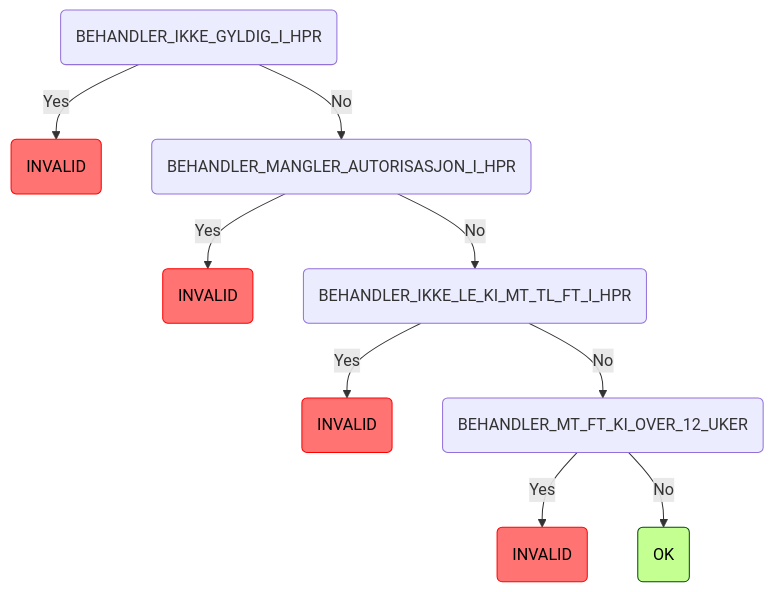
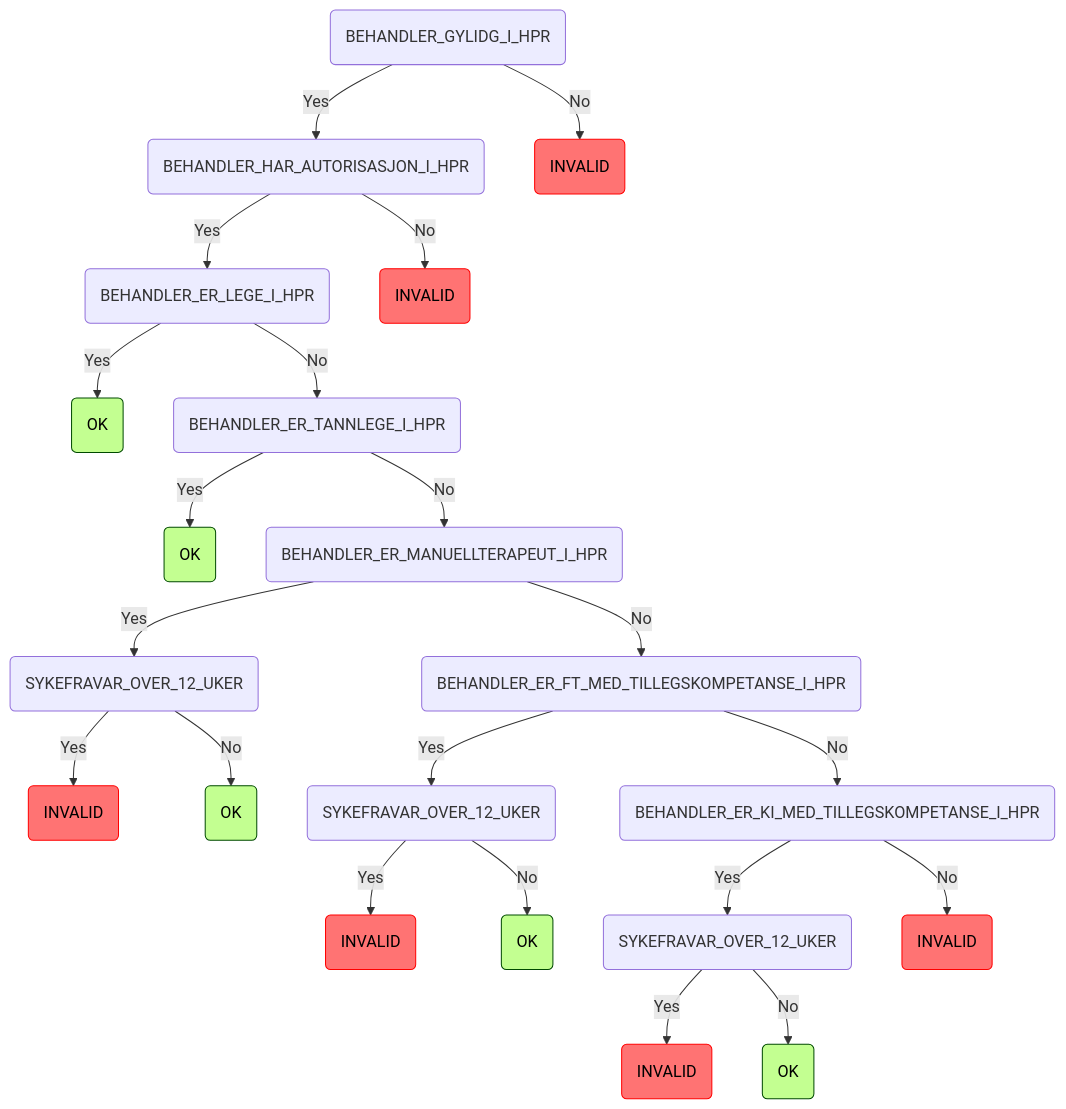
The fifth of 11 diagrams in README.md (navikt/syfosmregler), drawn with Mermaid before and after one commit. The commit also changed 6 other files, not shown here.

````diff
--- a/README.md
+++ b/README.md
@@ -137,14 +137,26 @@
 ```mermaid
 graph TD
-    root(BEHANDLER_IKKE_GYLDIG_I_HPR) -->|Yes| root_BEHANDLER_IKKE_GYLDIG_I_HPR_INVALID(INVALID):::invalid
-    root(BEHANDLER_IKKE_GYLDIG_I_HPR) -->|No| root_BEHANDLER_IKKE_GYLDIG_I_HPR_BEHANDLER_MANGLER_AUTORISASJON_I_HPR(BEHANDLER_MANGLER_AUTORISASJON_I_HPR)
-    root_BEHANDLER_IKKE_GYLDIG_I_HPR_BEHANDLER_MANGLER_AUTORISASJON_I_HPR(BEHANDLER_MANGLER_AUTORISASJON_I_HPR) -->|Yes| root_BEHANDLER_IKKE_GYLDIG_I_HPR_BEHANDLER_MANGLER_AUTORISASJON_I_HPR_INVALID(INVALID):::invalid
-    root_BEHANDLER_IKKE_GYLDIG_I_HPR_BEHANDLER_MANGLER_AUTORISASJON_I_HPR(BEHANDLER_MANGLER_AUTORISASJON_I_HPR) -->|No| root_BEHANDLER_IKKE_GYLDIG_I_HPR_BEHANDLER_MANGLER_AUTORISASJON_I_HPR_BEHANDLER_IKKE_LE_KI_MT_TL_FT_I_HPR(BEHANDLER_IKKE_LE_KI_MT_TL_FT_I_HPR)
-    root_BEHANDLER_IKKE_GYLDIG_I_HPR_BEHANDLER_MANGLER_AUTORISASJON_I_HPR_BEHANDLER_IKKE_LE_KI_MT_TL_FT_I_HPR(BEHANDLER_IKKE_LE_KI_MT_TL_FT_I_HPR) -->|Yes| root_BEHANDLER_IKKE_GYLDIG_I_HPR_BEHANDLER_MANGLER_AUTORISASJON_I_HPR_BEHANDLER_IKKE_LE_KI_MT_TL_FT_I_HPR_INVALID(INVALID):::invalid
-    root_BEHANDLER_IKKE_GYLDIG_I_HPR_BEHANDLER_MANGLER_AUTORISASJON_I_HPR_BEHANDLER_IKKE_LE_KI_MT_TL_FT_I_HPR(BEHANDLER_IKKE_LE_KI_MT_TL_FT_I_HPR) -->|No| root_BEHANDLER_IKKE_GYLDIG_I_HPR_BEHANDLER_MANGLER_AUTORISASJON_I_HPR_BEHANDLER_IKKE_LE_KI_MT_TL_FT_I_HPR_BEHANDLER_MT_FT_KI_OVER_12_UKER(BEHANDLER_MT_FT_KI_OVER_12_UKER)
-    root_BEHANDLER_IKKE_GYLDIG_I_HPR_BEHANDLER_MANGLER_AUTORISASJON_I_HPR_BEHANDLER_IKKE_LE_KI_MT_TL_FT_I_HPR_BEHANDLER_MT_FT_KI_OVER_12_UKER(BEHANDLER_MT_FT_KI_OVER_12_UKER) -->|Yes| root_BEHANDLER_IKKE_GYLDIG_I_HPR_BEHANDLER_MANGLER_AUTORISASJON_I_HPR_BEHANDLER_IKKE_LE_KI_MT_TL_FT_I_HPR_BEHANDLER_MT_FT_KI_OVER_12_UKER_INVALID(INVALID):::invalid
-    root_BEHANDLER_IKKE_GYLDIG_I_HPR_BEHANDLER_MANGLER_AUTORISASJON_I_HPR_BEHANDLER_IKKE_LE_KI_MT_TL_FT_I_HPR_BEHANDLER_MT_FT_KI_OVER_12_UKER(BEHANDLER_MT_FT_KI_OVER_12_UKER) -->|No| root_BEHANDLER_IKKE_GYLDIG_I_HPR_BEHANDLER_MANGLER_AUTORISASJON_I_HPR_BEHANDLER_IKKE_LE_KI_MT_TL_FT_I_HPR_BEHANDLER_MT_FT_KI_OVER_12_UKER_OK(OK):::ok
+    root(BEHANDLER_GYLIDG_I_HPR) -->|Yes| root_BEHANDLER_GYLIDG_I_HPR_BEHANDLER_HAR_AUTORISASJON_I_HPR(BEHANDLER_HAR_AUTORISASJON_I_HPR)
+    root_BEHANDLER_GYLIDG_I_HPR_BEHANDLER_HAR_AUTORISASJON_I_HPR(BEHANDLER_HAR_AUTORISASJON_I_HPR) -->|Yes| root_BEHANDLER_GYLIDG_I_HPR_BEHANDLER_HAR_AUTORISASJON_I_HPR_BEHANDLER_ER_LEGE_I_HPR(BEHANDLER_ER_LEGE_I_HPR)
+    root_BEHANDLER_GYLIDG_I_HPR_BEHANDLER_HAR_AUTORISASJON_I_HPR_BEHANDLER_ER_LEGE_I_HPR(BEHANDLER_ER_LEGE_I_HPR) -->|Yes| root_BEHANDLER_GYLIDG_I_HPR_BEHANDLER_HAR_AUTORISASJON_I_HPR_BEHANDLER_ER_LEGE_I_HPR_OK(OK):::ok
+    root_BEHANDLER_GYLIDG_I_HPR_BEHANDLER_HAR_AUTORISASJON_I_HPR_BEHANDLER_ER_LEGE_I_HPR(BEHANDLER_ER_LEGE_I_HPR) -->|No| root_BEHANDLER_GYLIDG_I_HPR_BEHANDLER_HAR_AUTORISASJON_I_HPR_BEHANDLER_ER_LEGE_I_HPR_BEHANDLER_ER_TANNLEGE_I_HPR(BEHANDLER_ER_TANNLEGE_I_HPR)
+    root_BEHANDLER_GYLIDG_I_HPR_BEHANDLER_HAR_AUTORISASJON_I_HPR_BEHANDLER_ER_LEGE_I_HPR_BEHANDLER_ER_TANNLEGE_I_HPR(BEHANDLER_ER_TANNLEGE_I_HPR) -->|Yes| root_BEHANDLER_GYLIDG_I_HPR_BEHANDLER_HAR_AUTORISASJON_I_HPR_BEHANDLER_ER_LEGE_I_HPR_BEHANDLER_ER_TANNLEGE_I_HPR_OK(OK):::ok
+    root_BEHANDLER_GYLIDG_I_HPR_BEHANDLER_HAR_AUTORISASJON_I_HPR_BEHANDLER_ER_LEGE_I_HPR_BEHANDLER_ER_TANNLEGE_I_HPR(BEHANDLER_ER_TANNLEGE_I_HPR) -->|No| root_BEHANDLER_GYLIDG_I_HPR_BEHANDLER_HAR_AUTORISASJON_I_HPR_BEHANDLER_ER_LEGE_I_HPR_BEHANDLER_ER_TANNLEGE_I_HPR_BEHANDLER_ER_MANUELLTERAPEUT_I_HPR(BEHANDLER_ER_MANUELLTERAPEUT_I_HPR)
+    root_BEHANDLER_GYLIDG_I_HPR_BEHANDLER_HAR_AUTORISASJON_I_HPR_BEHANDLER_ER_LEGE_I_HPR_BEHANDLER_ER_TANNLEGE_I_HPR_BEHANDLER_ER_MANUELLTERAPEUT_I_HPR(BEHANDLER_ER_MANUELLTERAPEUT_I_HPR) -->|Yes| root_BEHANDLER_GYLIDG_I_HPR_BEHANDLER_HAR_AUTORISASJON_I_HPR_BEHANDLER_ER_LEGE_I_HPR_BEHANDLER_ER_TANNLEGE_I_HPR_BEHANDLER_ER_MANUELLTERAPEUT_I_HPR_SYKEFRAVAR_OVER_12_UKER(SYKEFRAVAR_OVER_12_UKER)
+    root_BEHANDLER_GYLIDG_I_HPR_BEHANDLER_HAR_AUTORISASJON_I_HPR_BEHANDLER_ER_LEGE_I_HPR_BEHANDLER_ER_TANNLEGE_I_HPR_BEHANDLER_ER_MANUELLTERAPEUT_I_HPR_SYKEFRAVAR_OVER_12_UKER(SYKEFRAVAR_OVER_12_UKER) -->|Yes| root_BEHANDLER_GYLIDG_I_HPR_BEHANDLER_HAR_AUTORISASJON_I_HPR_BEHANDLER_ER_LEGE_I_HPR_BEHANDLER_ER_TANNLEGE_I_HPR_BEHANDLER_ER_MANUELLTERAPEUT_I_HPR_SYKEFRAVAR_OVER_12_UKER_INVALID(INVALID):::invalid
+    root_BEHANDLER_GYLIDG_I_HPR_BEHANDLER_HAR_AUTORISASJON_I_HPR_BEHANDLER_ER_LEGE_I_HPR_BEHANDLER_ER_TANNLEGE_I_HPR_BEHANDLER_ER_MANUELLTERAPEUT_I_HPR_SYKEFRAVAR_OVER_12_UKER(SYKEFRAVAR_OVER_12_UKER) -->|No| root_BEHANDLER_GYLIDG_I_HPR_BEHANDLER_HAR_AUTORISASJON_I_HPR_BEHANDLER_ER_LEGE_I_HPR_BEHANDLER_ER_TANNLEGE_I_HPR_BEHANDLER_ER_MANUELLTERAPEUT_I_HPR_SYKEFRAVAR_OVER_12_UKER_OK(OK):::ok
+    root_BEHANDLER_GYLIDG_I_HPR_BEHANDLER_HAR_AUTORISASJON_I_HPR_BEHANDLER_ER_LEGE_I_HPR_BEHANDLER_ER_TANNLEGE_I_HPR_BEHANDLER_ER_MANUELLTERAPEUT_I_HPR(BEHANDLER_ER_MANUELLTERAPEUT_I_HPR) -->|No| root_BEHANDLER_GYLIDG_I_HPR_BEHANDLER_HAR_AUTORISASJON_I_HPR_BEHANDLER_ER_LEGE_I_HPR_BEHANDLER_ER_TANNLEGE_I_HPR_BEHANDLER_ER_MANUELLTERAPEUT_I_HPR_BEHANDLER_ER_FT_MED_TILLEGSKOMPETANSE_I_HPR(BEHANDLER_ER_FT_MED_TILLEGSKOMPETANSE_I_HPR)
+    root_BEHANDLER_GYLIDG_I_HPR_BEHANDLER_HAR_AUTORISASJON_I_HPR_BEHANDLER_ER_LEGE_I_HPR_BEHANDLER_ER_TANNLEGE_I_HPR_BEHANDLER_ER_MANUELLTERAPEUT_I_HPR_BEHANDLER_ER_FT_MED_TILLEGSKOMPETANSE_I_HPR(BEHANDLER_ER_FT_MED_TILLEGSKOMPETANSE_I_HPR) -->|Yes| root_BEHANDLER_GYLIDG_I_HPR_BEHANDLER_HAR_AUTORISASJON_I_HPR_BEHANDLER_ER_LEGE_I_HPR_BEHANDLER_ER_TANNLEGE_I_HPR_BEHANDLER_ER_MANUELLTERAPEUT_I_HPR_BEHANDLER_ER_FT_MED_TILLEGSKOMPETANSE_I_HPR_SYKEFRAVAR_OVER_12_UKER(SYKEFRAVAR_OVER_12_UKER)
+    root_BEHANDLER_GYLIDG_I_HPR_BEHANDLER_HAR_AUTORISASJON_I_HPR_BEHANDLER_ER_LEGE_I_HPR_BEHANDLER_ER_TANNLEGE_I_HPR_BEHANDLER_ER_MANUELLTERAPEUT_I_HPR_BEHANDLER_ER_FT_MED_TILLEGSKOMPETANSE_I_HPR_SYKEFRAVAR_OVER_12_UKER(SYKEFRAVAR_OVER_12_UKER) -->|Yes| root_BEHANDLER_GYLIDG_I_HPR_BEHANDLER_HAR_AUTORISASJON_I_HPR_BEHANDLER_ER_LEGE_I_HPR_BEHANDLER_ER_TANNLEGE_I_HPR_BEHANDLER_ER_MANUELLTERAPEUT_I_HPR_BEHANDLER_ER_FT_MED_TILLEGSKOMPETANSE_I_HPR_SYKEFRAVAR_OVER_12_UKER_INVALID(INVALID):::invalid
+    root_BEHANDLER_GYLIDG_I_HPR_BEHANDLER_HAR_AUTORISASJON_I_HPR_BEHANDLER_ER_LEGE_I_HPR_BEHANDLER_ER_TANNLEGE_I_HPR_BEHANDLER_ER_MANUELLTERAPEUT_I_HPR_BEHANDLER_ER_FT_MED_TILLEGSKOMPETANSE_I_HPR_SYKEFRAVAR_OVER_12_UKER(SYKEFRAVAR_OVER_12_UKER) -->|No| root_BEHANDLER_GYLIDG_I_HPR_BEHANDLER_HAR_AUTORISASJON_I_HPR_BEHANDLER_ER_LEGE_I_HPR_BEHANDLER_ER_TANNLEGE_I_HPR_BEHANDLER_ER_MANUELLTERAPEUT_I_HPR_BEHANDLER_ER_FT_MED_TILLEGSKOMPETANSE_I_HPR_SYKEFRAVAR_OVER_12_UKER_OK(OK):::ok
+    root_BEHANDLER_GYLIDG_I_HPR_BEHANDLER_HAR_AUTORISASJON_I_HPR_BEHANDLER_ER_LEGE_I_HPR_BEHANDLER_ER_TANNLEGE_I_HPR_BEHANDLER_ER_MANUELLTERAPEUT_I_HPR_BEHANDLER_ER_FT_MED_TILLEGSKOMPETANSE_I_HPR(BEHANDLER_ER_FT_MED_TILLEGSKOMPETANSE_I_HPR) -->|No| root_BEHANDLER_GYLIDG_I_HPR_BEHANDLER_HAR_AUTORISASJON_I_HPR_BEHANDLER_ER_LEGE_I_HPR_BEHANDLER_ER_TANNLEGE_I_HPR_BEHANDLER_ER_MANUELLTERAPEUT_I_HPR_BEHANDLER_ER_FT_MED_TILLEGSKOMPETANSE_I_HPR_BEHANDLER_ER_KI_MED_TILLEGSKOMPETANSE_I_HPR(BEHANDLER_ER_KI_MED_TILLEGSKOMPETANSE_I_HPR)
+    root_BEHANDLER_GYLIDG_I_HPR_BEHANDLER_HAR_AUTORISASJON_I_HPR_BEHANDLER_ER_LEGE_I_HPR_BEHANDLER_ER_TANNLEGE_I_HPR_BEHANDLER_ER_MANUELLTERAPEUT_I_HPR_BEHANDLER_ER_FT_MED_TILLEGSKOMPETANSE_I_HPR_BEHANDLER_ER_KI_MED_TILLEGSKOMPETANSE_I_HPR(BEHANDLER_ER_KI_MED_TILLEGSKOMPETANSE_I_HPR) -->|Yes| root_BEHANDLER_GYLIDG_I_HPR_BEHANDLER_HAR_AUTORISASJON_I_HPR_BEHANDLER_ER_LEGE_I_HPR_BEHANDLER_ER_TANNLEGE_I_HPR_BEHANDLER_ER_MANUELLTERAPEUT_I_HPR_BEHANDLER_ER_FT_MED_TILLEGSKOMPETANSE_I_HPR_BEHANDLER_ER_KI_MED_TILLEGSKOMPETANSE_I_HPR_SYKEFRAVAR_OVER_12_UKER(SYKEFRAVAR_OVER_12_UKER)
+    root_BEHANDLER_GYLIDG_I_HPR_BEHANDLER_HAR_AUTORISASJON_I_HPR_BEHANDLER_ER_LEGE_I_HPR_BEHANDLER_ER_TANNLEGE_I_HPR_BEHANDLER_ER_MANUELLTERAPEUT_I_HPR_BEHANDLER_ER_FT_MED_TILLEGSKOMPETANSE_I_HPR_BEHANDLER_ER_KI_MED_TILLEGSKOMPETANSE_I_HPR_SYKEFRAVAR_OVER_12_UKER(SYKEFRAVAR_OVER_12_UKER) -->|Yes| root_BEHANDLER_GYLIDG_I_HPR_BEHANDLER_HAR_AUTORISASJON_I_HPR_BEHANDLER_ER_LEGE_I_HPR_BEHANDLER_ER_TANNLEGE_I_HPR_BEHANDLER_ER_MANUELLTERAPEUT_I_HPR_BEHANDLER_ER_FT_MED_TILLEGSKOMPETANSE_I_HPR_BEHANDLER_ER_KI_MED_TILLEGSKOMPETANSE_I_HPR_SYKEFRAVAR_OVER_12_UKER_INVALID(INVALID):::invalid
+    root_BEHANDLER_GYLIDG_I_HPR_BEHANDLER_HAR_AUTORISASJON_I_HPR_BEHANDLER_ER_LEGE_I_HPR_BEHANDLER_ER_TANNLEGE_I_HPR_BEHANDLER_ER_MANUELLTERAPEUT_I_HPR_BEHANDLER_ER_FT_MED_TILLEGSKOMPETANSE_I_HPR_BEHANDLER_ER_KI_MED_TILLEGSKOMPETANSE_I_HPR_SYKEFRAVAR_OVER_12_UKER(SYKEFRAVAR_OVER_12_UKER) -->|No| root_BEHANDLER_GYLIDG_I_HPR_BEHANDLER_HAR_AUTORISASJON_I_HPR_BEHANDLER_ER_LEGE_I_HPR_BEHANDLER_ER_TANNLEGE_I_HPR_BEHANDLER_ER_MANUELLTERAPEUT_I_HPR_BEHANDLER_ER_FT_MED_TILLEGSKOMPETANSE_I_HPR_BEHANDLER_ER_KI_MED_TILLEGSKOMPETANSE_I_HPR_SYKEFRAVAR_OVER_12_UKER_OK(OK):::ok
+    root_BEHANDLER_GYLIDG_I_HPR_BEHANDLER_HAR_AUTORISASJON_I_HPR_BEHANDLER_ER_LEGE_I_HPR_BEHANDLER_ER_TANNLEGE_I_HPR_BEHANDLER_ER_MANUELLTERAPEUT_I_HPR_BEHANDLER_ER_FT_MED_TILLEGSKOMPETANSE_I_HPR_BEHANDLER_ER_KI_MED_TILLEGSKOMPETANSE_I_HPR(BEHANDLER_ER_KI_MED_TILLEGSKOMPETANSE_I_HPR) -->|No| root_BEHANDLER_GYLIDG_I_HPR_BEHANDLER_HAR_AUTORISASJON_I_HPR_BEHANDLER_ER_LEGE_I_HPR_BEHANDLER_ER_TANNLEGE_I_HPR_BEHANDLER_ER_MANUELLTERAPEUT_I_HPR_BEHANDLER_ER_FT_MED_TILLEGSKOMPETANSE_I_HPR_BEHANDLER_ER_KI_MED_TILLEGSKOMPETANSE_I_HPR_INVALID(INVALID):::invalid
+    root_BEHANDLER_GYLIDG_I_HPR_BEHANDLER_HAR_AUTORISASJON_I_HPR(BEHANDLER_HAR_AUTORISASJON_I_HPR) -->|No| root_BEHANDLER_GYLIDG_I_HPR_BEHANDLER_HAR_AUTORISASJON_I_HPR_INVALID(INVALID):::invalid
+    root(BEHANDLER_GYLIDG_I_HPR) -->|No| root_BEHANDLER_GYLIDG_I_HPR_INVALID(INVALID):::invalid
     classDef ok fill:#c3ff91,stroke:#004a00,color: black;
     classDef invalid fill:#ff7373,stroke:#ff0000,color: black;
     classDef manuell fill:#ffe24f,stroke:#ffd500,color: #473c00;
 ```
````
